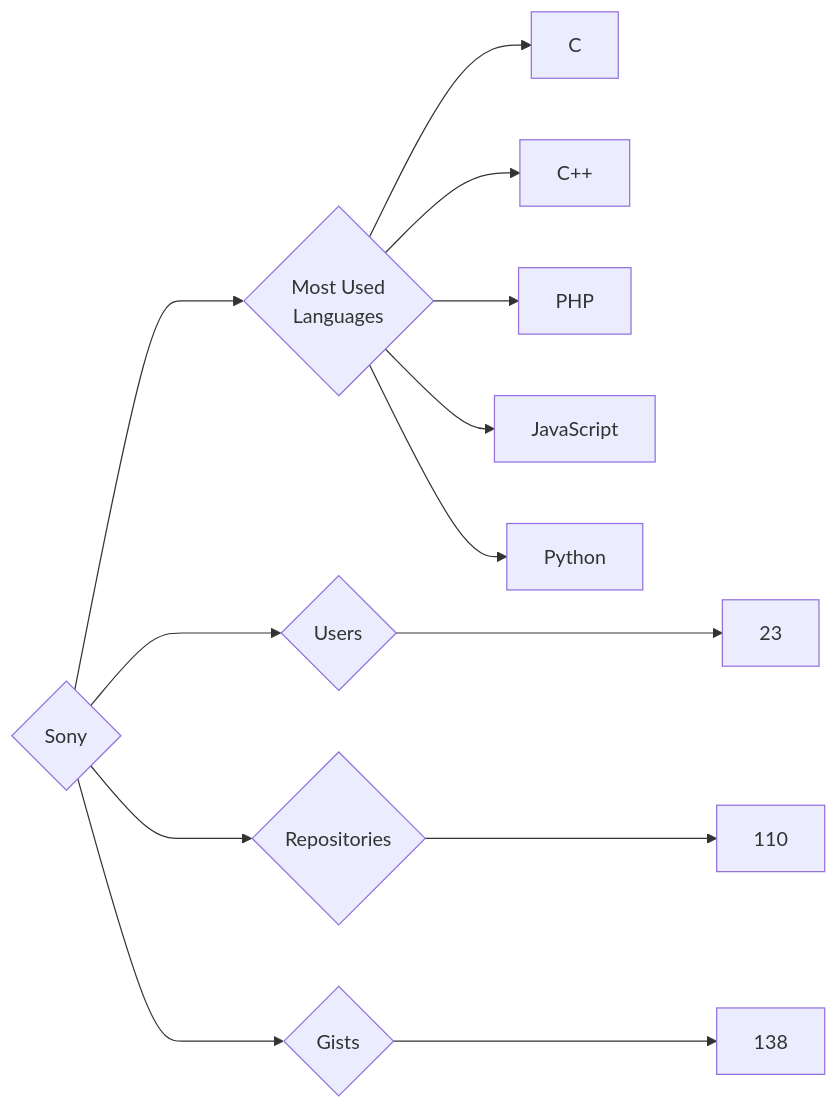
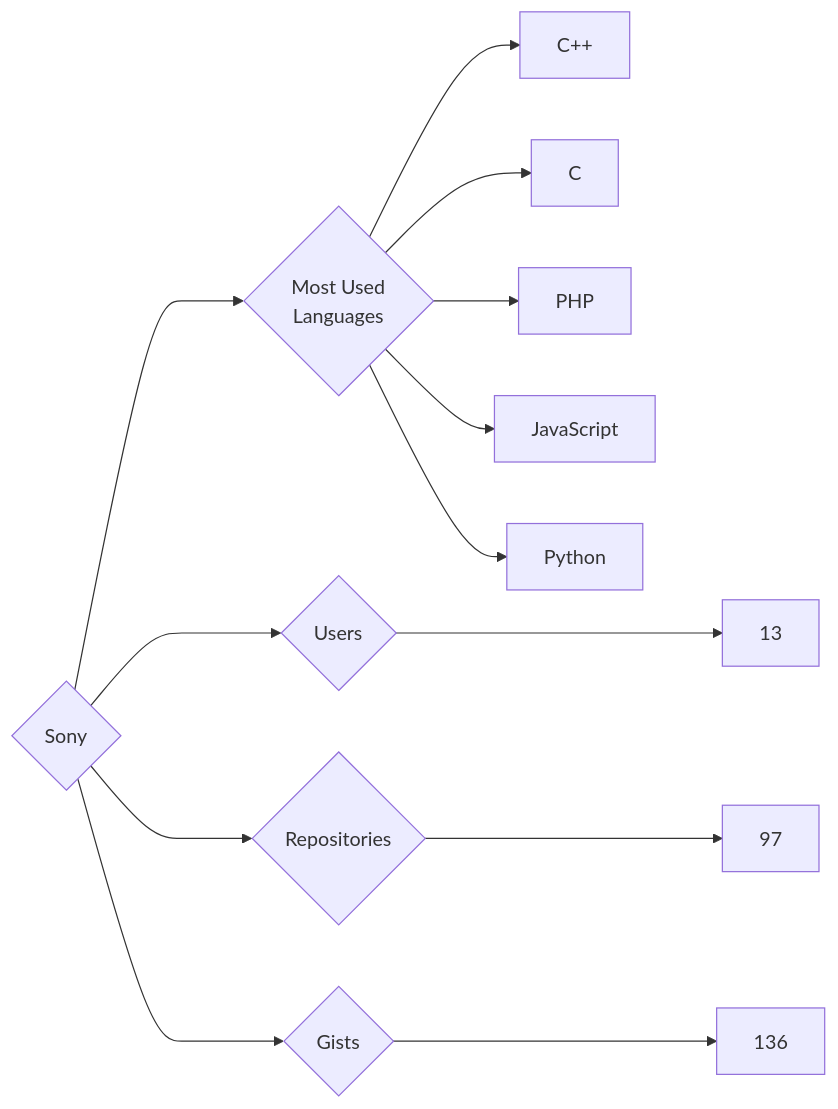
One commit to trickest/insiders changed the diagram in targets/Sony/README.md. Above: the diagram before and after it, drawn with Mermaid. The commit also changed 839 other files, not shown here.

````diff
--- a/targets/Sony/README.md
+++ b/targets/Sony/README.md
@@ -3,13 +3,13 @@
 ```mermaid
 graph LR
 COMPANY_NAME{Sony}
-COMPANY_NAME ---> U{Users} ---> UN[23]
-COMPANY_NAME ---> R{Repositories} ---> RN[110]
-COMPANY_NAME ---> G{Gists} ---> GN[138]
+COMPANY_NAME ---> U{Users} ---> UN[13]
+COMPANY_NAME ---> R{Repositories} ---> RN[97]
+COMPANY_NAME ---> G{Gists} ---> GN[136]
 COMPANY_NAME ---> ML{Most Used<br>Languages}
+ML --> C++[C++]
 ML --> C[C]
-ML --> C++[C++]
 ML --> PHP[PHP]
 ML --> JavaScript[JavaScript]
 ML --> Python[Python]
 ```
````
